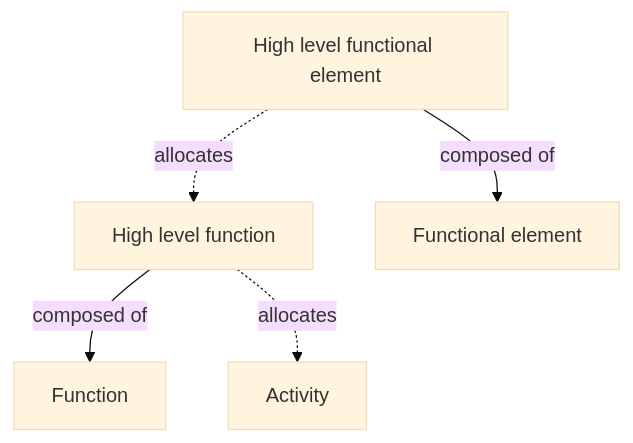
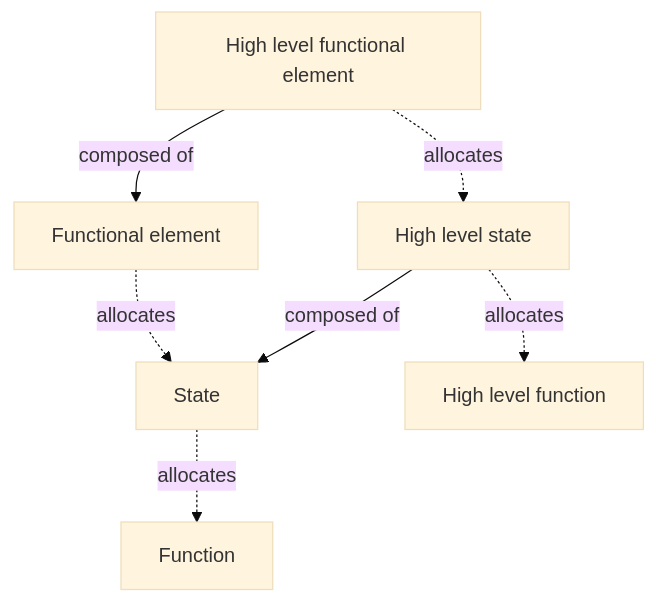
Before and after one commit to 3se-framework/3se-onto: the second of 6 diagrams in glossary.md, drawn with Mermaid (base theme). The commit also changed other lines of this file, not shown here.

````diff
--- a/glossary.md
+++ b/glossary.md
@@ -691,13 +695,16 @@
 ```mermaid
 flowchart TD
-    N1["High level function"]
-    N2["Function"]
-    N3["Activity"]
-    N4["High level functional element"]
-    N5["Functional element"]
+    N1["Functional element"]
+    N2["State"]
+    N3["High level functional element"]
+    N4["High level state"]
+    N5["High level function"]
+    N6["Function"]
 
-    N1 -->|composed of| N2
-    N1 -.->|allocates| N3
-    N4 -->|composed of| N5
-    N4 -.->|allocates| N1
+    N1 -.->|allocates| N2
+    N3 -->|composed of| N1
+    N3 -.->|allocates| N4
+    N4 -->|composed of| N2
+    N4 -.->|allocates| N5
+    N2 -.->|allocates| N6
 ```
````
